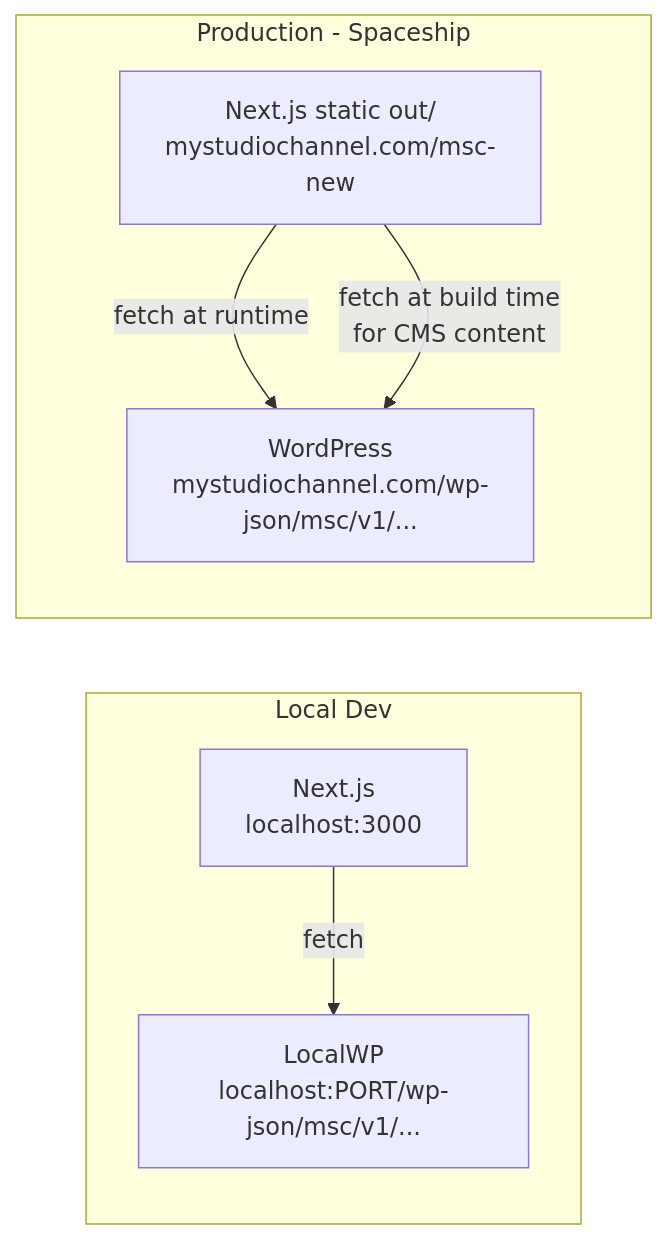
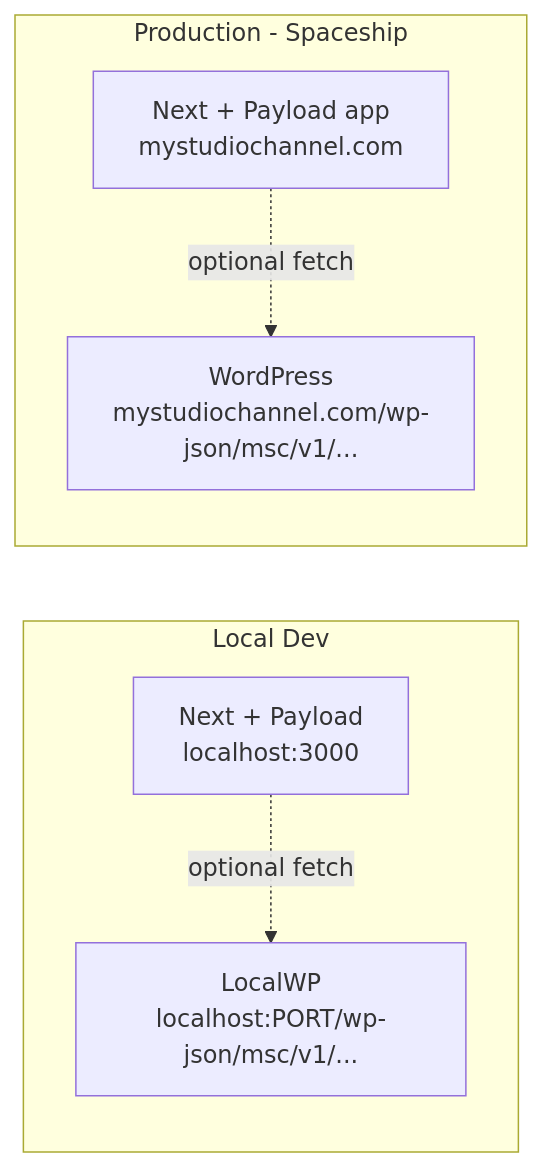
One commit to jonbeatz/msc-new changed the diagram in .cursor/docs/Headless-WP-Backend-Plan.md. Above: the diagram before and after it, drawn with Mermaid. The commit also changed other lines of this file and 101 other files, not shown here.

````diff
--- a/.cursor/docs/Headless-WP-Backend-Plan.md
+++ b/.cursor/docs/Headless-WP-Backend-Plan.md
@@ -39,14 +41,13 @@
 ```mermaid
 flowchart LR
     subgraph dev [Local Dev]
-        NL[Next.js\nlocalhost:3000]
+        NL[Next + Payload\nlocalhost:3000]
         WL[LocalWP\nlocalhost:PORT/wp-json/msc/v1/...]
-        NL -->|fetch| WL
+        NL -. optional fetch .-> WL
     end
     subgraph prod [Production - Spaceship]
-        NS[Next.js static out/\nmystudiochannel.com/msc-new]
+        NS[Next + Payload app\nmystudiochannel.com]
         WS[WordPress\nmystudiochannel.com/wp-json/msc/v1/...]
-        NS -->|fetch at runtime| WS
-        NS -->|fetch at build time\nfor CMS content| WS
+        NS -. optional fetch .-> WS
     end
 ```
````
